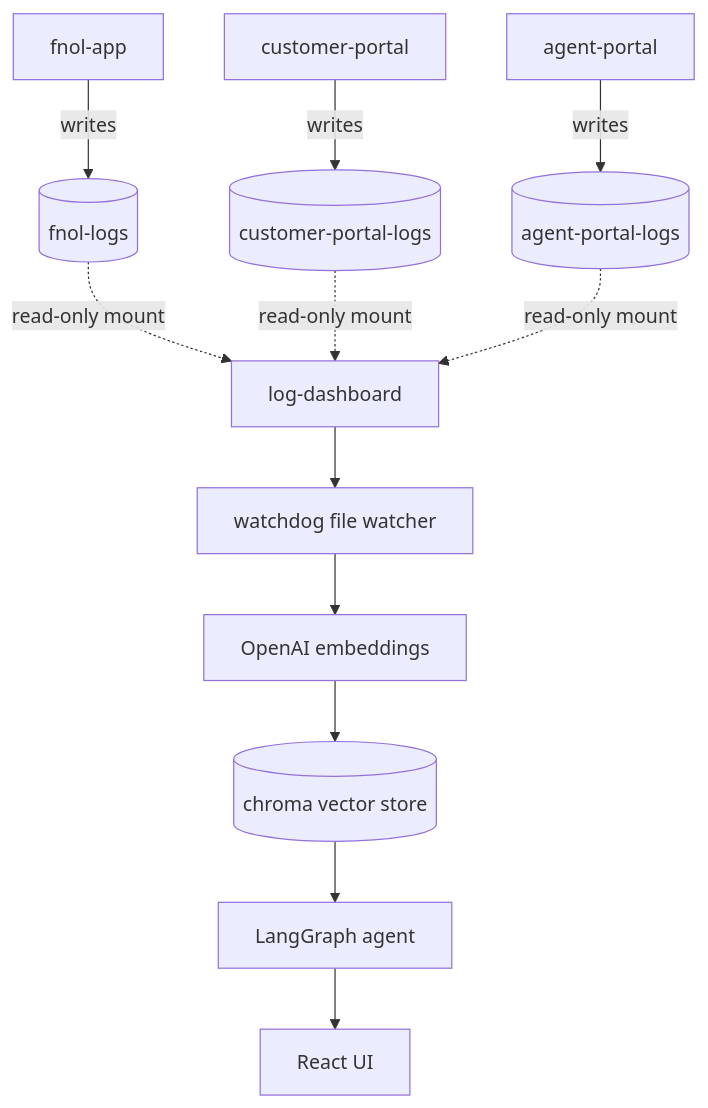
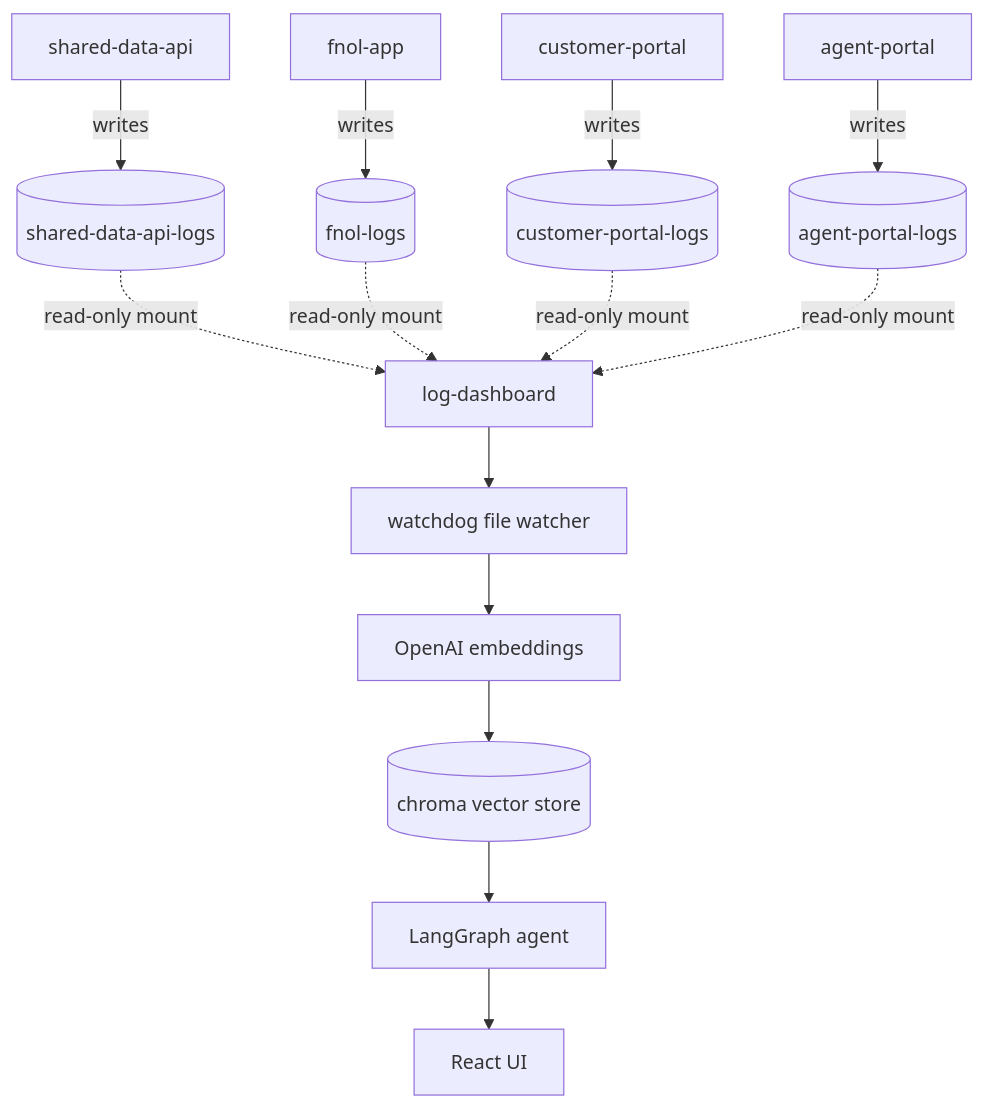
The second of 2 diagrams in docs/architecture/system-overview.md (CumulusCycles/agentic-log-analysis-system), drawn with Mermaid before and after one commit. The commit also changed other lines of this file and 18 other files, not shown here.

````diff
--- a/docs/architecture/system-overview.md
+++ b/docs/architecture/system-overview.md
@@ -44,16 +44,18 @@
 ```mermaid
 graph TB
+    SDA[shared-data-api] -- writes --> SV[("shared-data-api-logs")]
     FNOL[fnol-app] -- writes --> FV[("fnol-logs")]
     CP[customer-portal] -- writes --> CV[("customer-portal-logs")]
     AP[agent-portal] -- writes --> AV[("agent-portal-logs")]
 
-    FV -. read-only mount .-> DASH[log-dashboard]
+    SV -. read-only mount .-> DASH[log-dashboard]
+    FV -. read-only mount .-> DASH
     CV -. read-only mount .-> DASH
     AV -. read-only mount .-> DASH
 
     DASH --> WATCH[watchdog file watcher]
     WATCH --> EMB[OpenAI embeddings]
     EMB --> CHROMA[("chroma vector store")]
     CHROMA --> LG[LangGraph agent]
     LG --> UI[React UI]
 ```
````
